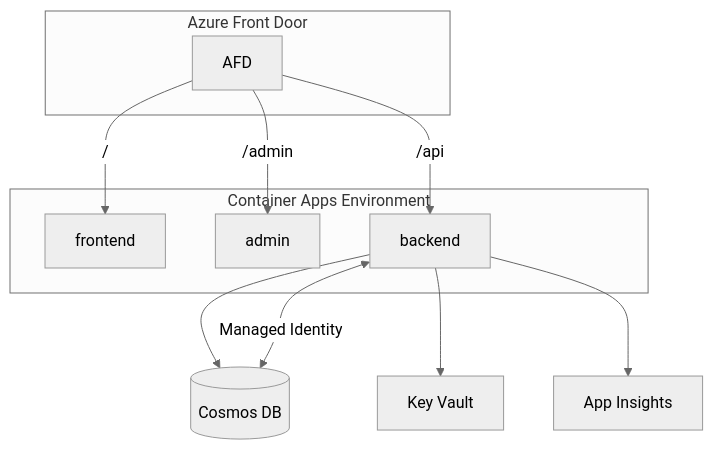
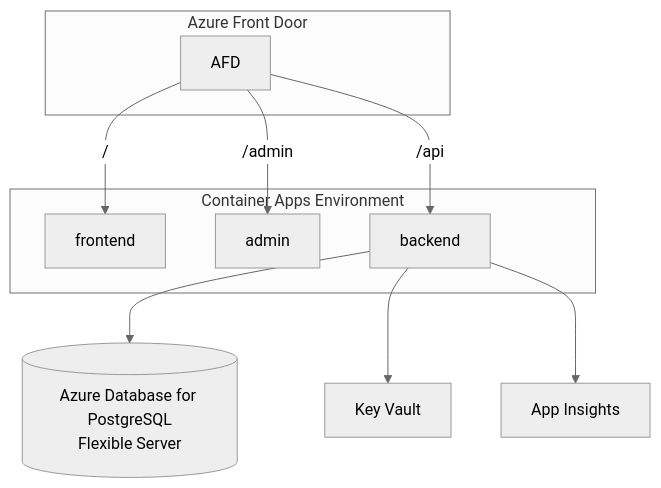
One commit to jpoley/template changed the diagram in docs/architecture.md. Above: the diagram before and after it, drawn with Mermaid (neutral theme). The commit also changed other lines of this file and 38 other files, not shown here.

````diff
--- a/docs/architecture.md
+++ b/docs/architecture.md
@@ -5,18 +5,17 @@
 ```mermaid
 flowchart TB
   subgraph Edge[Azure Front Door]
     AFD
   end
   subgraph ACA[Container Apps Environment]
     FE[frontend]
     Admin[admin]
     API[backend]
   end
   AFD -->|/| FE
   AFD -->|/admin| Admin
   AFD -->|/api| API
-  API --> Cosmos[(Cosmos DB)]
+  API --> PG[(Azure Database for PostgreSQL<br/>Flexible Server)]
   API --> KV[Key Vault]
   API --> AI[App Insights]
-  API <-->|Managed Identity| Cosmos
 ```
````
